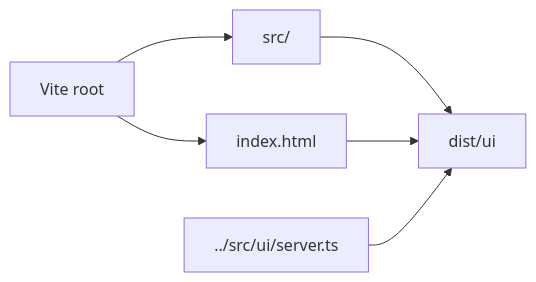
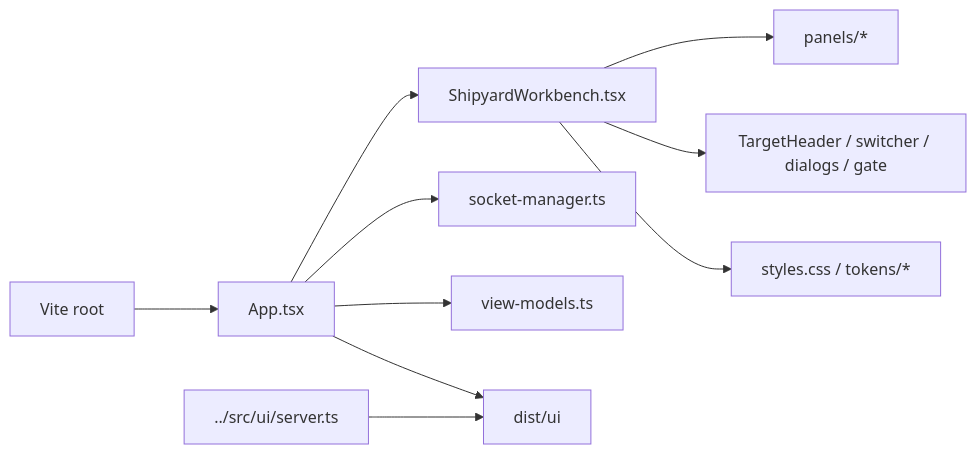
One commit to thisisyoussef/shipyard changed the diagram in shipyard/ui/README.md. Above: the diagram before and after it, drawn with Mermaid. The commit also changed other lines of this file and 21 other files, not shown here.

First line of the commit message:
docs: refresh runtime architecture guides

````diff
--- a/shipyard/ui/README.md
+++ b/shipyard/ui/README.md
@@ -41,14 +48,23 @@
 ```mermaid
 flowchart LR
   Vite["Vite root"]
-  Src["src/"]
-  Html["index.html"]
+  App["App.tsx"]
+  Workbench["ShipyardWorkbench.tsx"]
+  Panels["panels/*"]
+  TargetUi["TargetHeader / switcher / dialogs / gate"]
+  Socket["socket-manager.ts"]
+  ViewModels["view-models.ts"]
+  Styles["styles.css / tokens/*"]
   Build["dist/ui"]
   Backend["../src/ui/server.ts"]
 
-  Vite --> Src
-  Vite --> Html
-  Src --> Build
-  Html --> Build
+  Vite --> App
+  App --> Socket
+  App --> ViewModels
+  App --> Workbench
+  Workbench --> Panels
+  Workbench --> TargetUi
+  Workbench --> Styles
+  App --> Build
   Backend --> Build
 ```
````
